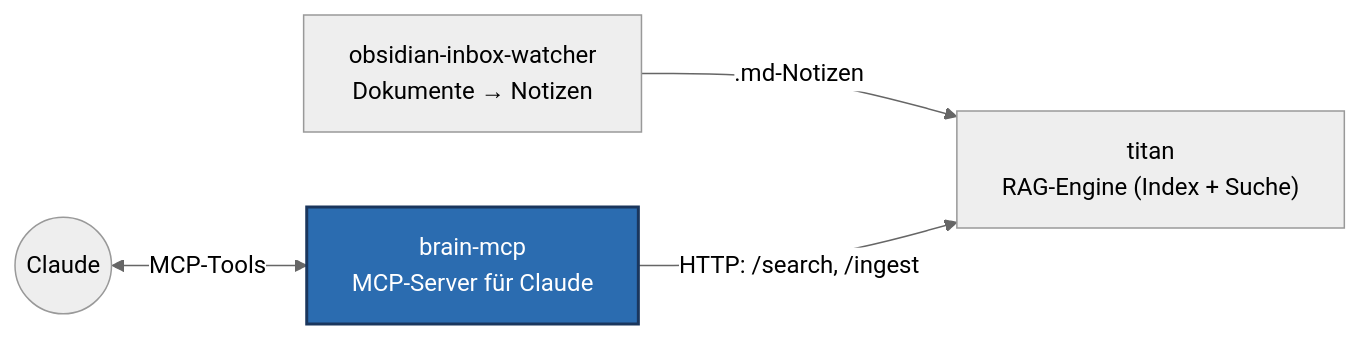
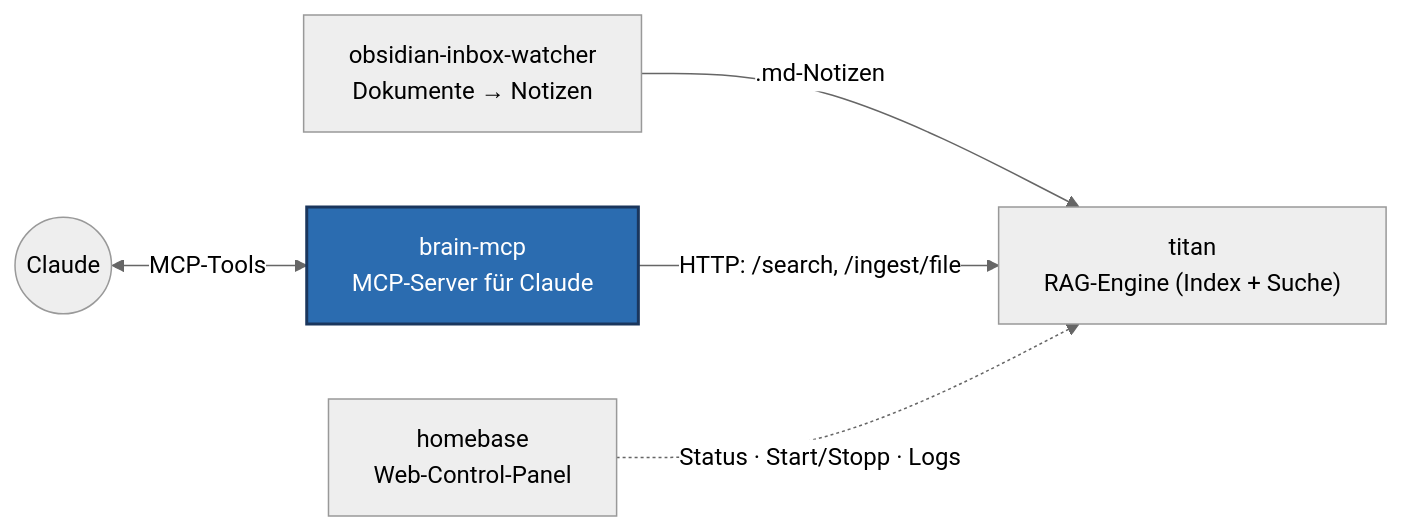
One commit to charlieLucke/brain-mcp changed the diagram in README.md. Above: the diagram before and after it, drawn with Mermaid (neutral theme). The commit also changed other lines of this file, not shown here.

````diff
--- a/README.md
+++ b/README.md
@@ -15,12 +15,14 @@
 ```mermaid
 flowchart LR
     OIW["obsidian-inbox-watcher<br/>Dokumente → Notizen"]
     T["titan<br/>RAG-Engine (Index + Suche)"]
     BM["brain-mcp<br/>MCP-Server für Claude"]
+    HB["homebase<br/>Web-Control-Panel"]
     C(("Claude"))
     OIW -->|".md-Notizen"| T
-    BM -->|"HTTP: /search, /ingest"| T
+    BM -->|"HTTP: /search, /ingest/file"| T
     C <-->|"MCP-Tools"| BM
+    HB -.->|"Status · Start/Stopp · Logs"| T
     classDef here fill:#2b6cb0,stroke:#1a365d,color:#fff,stroke-width:2px;
     class BM here
 ```
````
